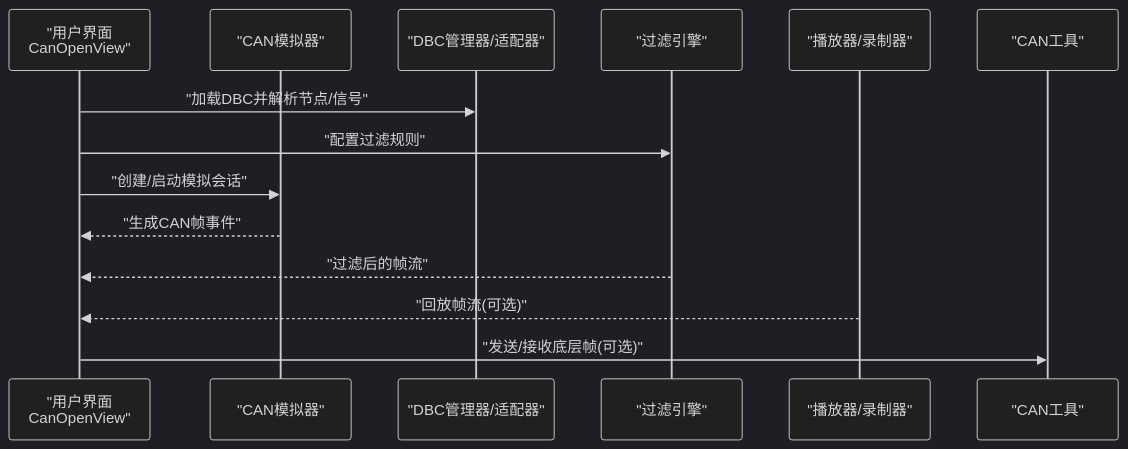
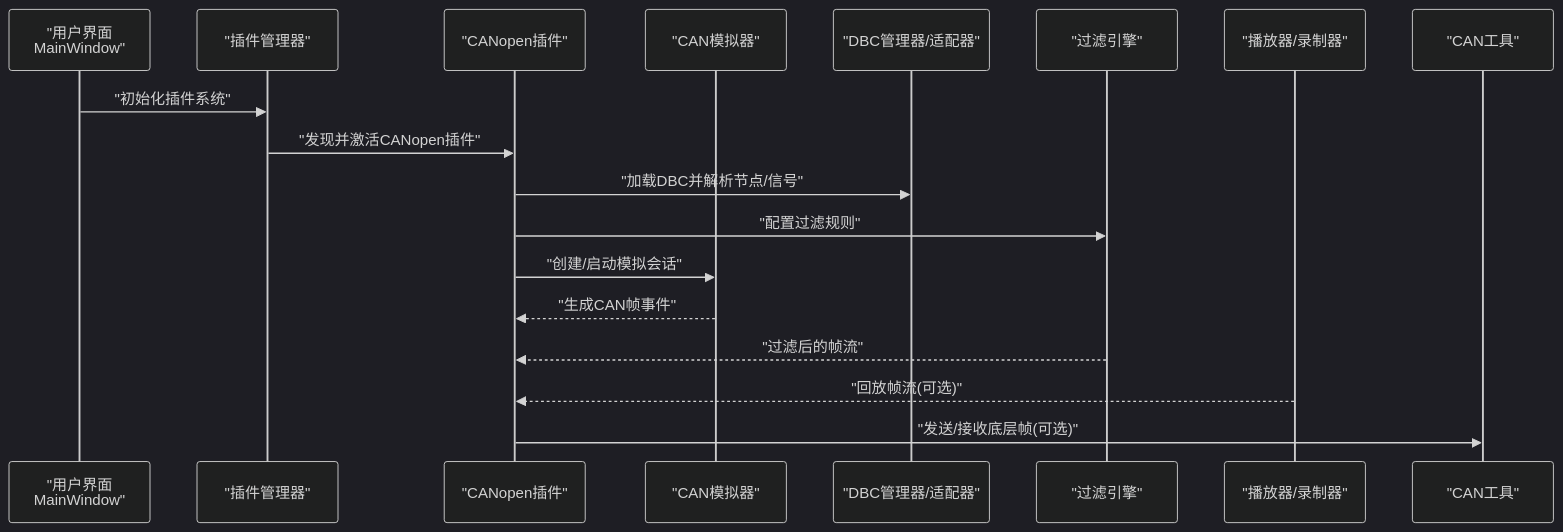
One commit to jakecai1225-design/OpenBus changed the second of 7 diagrams in .qoder/repowiki/zh/content/核心模块详解/CAN Open协议支持.md. Above: the diagram before and after it, drawn with Mermaid (dark theme). The commit also changed other lines of this file and 57 other files, not shown here.

````diff
--- a/.qoder/repowiki/zh/content/核心模块详解/CAN Open协议支持.md
+++ b/.qoder/repowiki/zh/content/核心模块详解/CAN Open协议支持.md
@@ -159,16 +164,20 @@
 ```mermaid
 sequenceDiagram
-participant U as "用户界面<br/>CanOpenView"
+participant U as "用户界面<br/>MainWindow"
+participant PM as "插件管理器"
+participant COE as "CANopen插件"
 participant S as "CAN模拟器"
 participant D as "DBC管理器/适配器"
 participant F as "过滤引擎"
 participant P as "播放器/录制器"
 participant T as "CAN工具"
-U->>D : "加载DBC并解析节点/信号"
-U->>F : "配置过滤规则"
-U->>S : "创建/启动模拟会话"
-S-->>U : "生成CAN帧事件"
-F-->>U : "过滤后的帧流"
-P-->>U : "回放帧流(可选)"
-U->>T : "发送/接收底层帧(可选)"
+U->>PM : "初始化插件系统"
+PM->>COE : "发现并激活CANopen插件"
+COE->>D : "加载DBC并解析节点/信号"
+COE->>F : "配置过滤规则"
+COE->>S : "创建/启动模拟会话"
+S-->>COE : "生成CAN帧事件"
+F-->>COE : "过滤后的帧流"
+P-->>COE : "回放帧流(可选)"
+COE->>T : "发送/接收底层帧(可选)"
 ```
````
